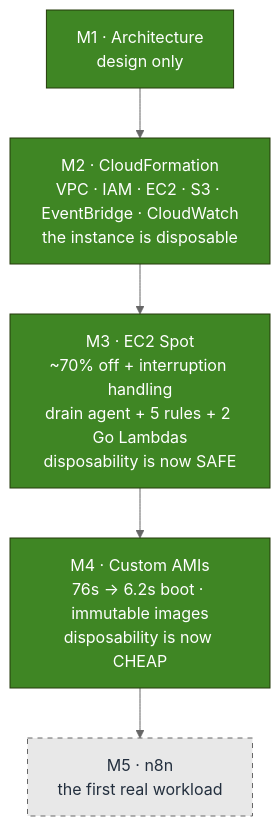
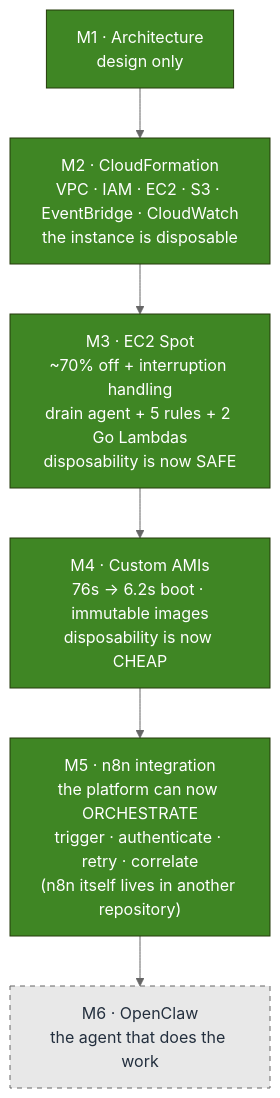
Before and after one commit to teddynted/designing-an-ai-agent-platform-on-aws: the fourth of 4 diagrams in docs/architecture/current-architecture.md, drawn with Mermaid (neutral theme). The commit also changed other lines of this file and 5 other files, not shown here.

````diff
--- a/docs/architecture/current-architecture.md
+++ b/docs/architecture/current-architecture.md
@@ -177,13 +181,14 @@
 ```mermaid
 flowchart TB
     m1["M1 · Architecture<br/>design only"] --> m2
     m2["M2 · CloudFormation<br/>VPC · IAM · EC2 · S3 · EventBridge · CloudWatch<br/>the instance is disposable"] --> m3
     m3["M3 · EC2 Spot<br/>~70% off + interruption handling<br/>drain agent + 5 rules + 2 Go Lambdas<br/>disposability is now SAFE"] --> m4
     m4["M4 · Custom AMIs<br/>76s → 6.2s boot · immutable images<br/>disposability is now CHEAP"] --> m5
+    m5["M5 · n8n integration<br/>the platform can now ORCHESTRATE<br/>trigger · authenticate · retry · correlate<br/>(n8n itself lives in another repository)"] --> m6
 
-    m5["M5 · n8n<br/>the first real workload"]:::next
+    m6["M6 · OpenClaw<br/>the agent that does the work"]:::next
 
     classDef done fill:#3F8624,stroke:#243B0B,color:#FFFFFF
     classDef next fill:#E8E8E8,stroke:#666,color:#232F3E,stroke-dasharray: 5 5
-    class m1,m2,m3,m4 done
+    class m1,m2,m3,m4,m5 done
 ```
````
